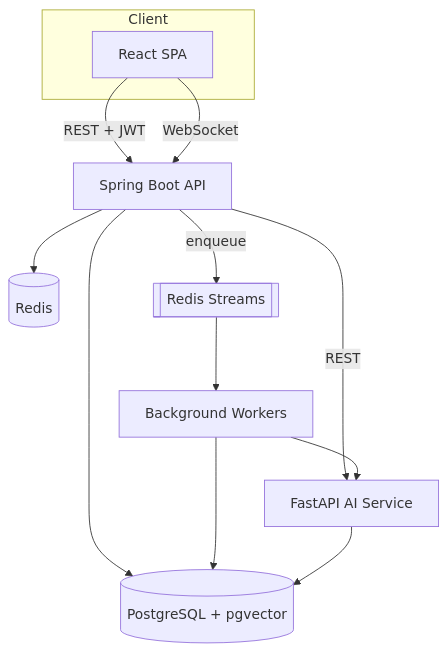
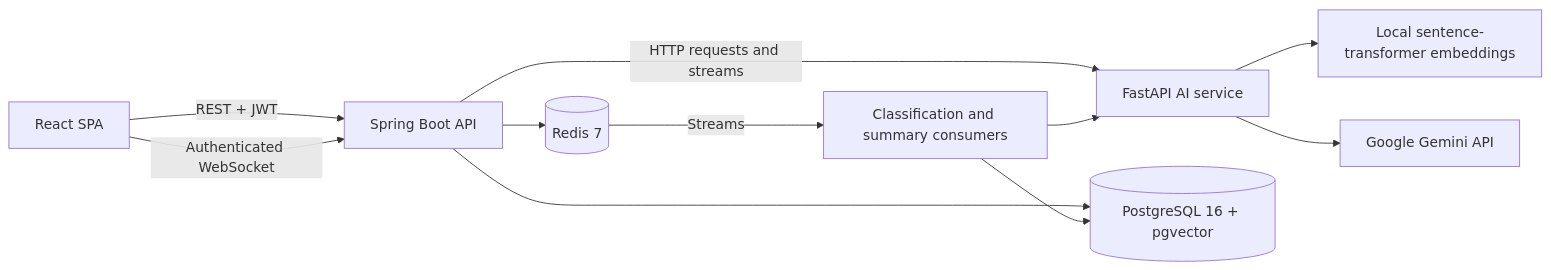
Before and after one commit to yogeshgawade/ai-helpdesk-saas: the diagram in README.md, drawn with Mermaid. The commit also changed other lines of this file, not shown here.

````diff
--- a/README.md
+++ b/README.md
@@ -15,20 +7,13 @@
 ```mermaid
-flowchart TB
-    subgraph Client
-        FE[React SPA]
-    end
-
-    FE -->|REST + JWT| API[Spring Boot API]
-    FE -->|WebSocket| API
-
-    API -->|REST| AI[FastAPI AI Service]
-    API --> PG[(PostgreSQL + pgvector)]
-    API --> REDIS[(Redis)]
-
-    API -->|enqueue| QUEUE[[Redis Streams]]
-    QUEUE --> WORKER[Background Workers]
-    WORKER --> AI
-    WORKER --> PG
-
-    AI --> PG
+flowchart LR
+    Browser[React SPA] -->|REST + JWT| API[Spring Boot API]
+    Browser -->|Authenticated WebSocket| API
+    API -->|HTTP requests and streams| AI[FastAPI AI service]
+    API --> DB[(PostgreSQL 16 + pgvector)]
+    API --> Redis[(Redis 7)]
+    Redis -->|Streams| Workers[Classification and summary consumers]
+    Workers --> AI
+    Workers --> DB
+    AI --> Embed[Local sentence-transformer embeddings]
+    AI --> Gemini[Google Gemini API]
 ```
````
